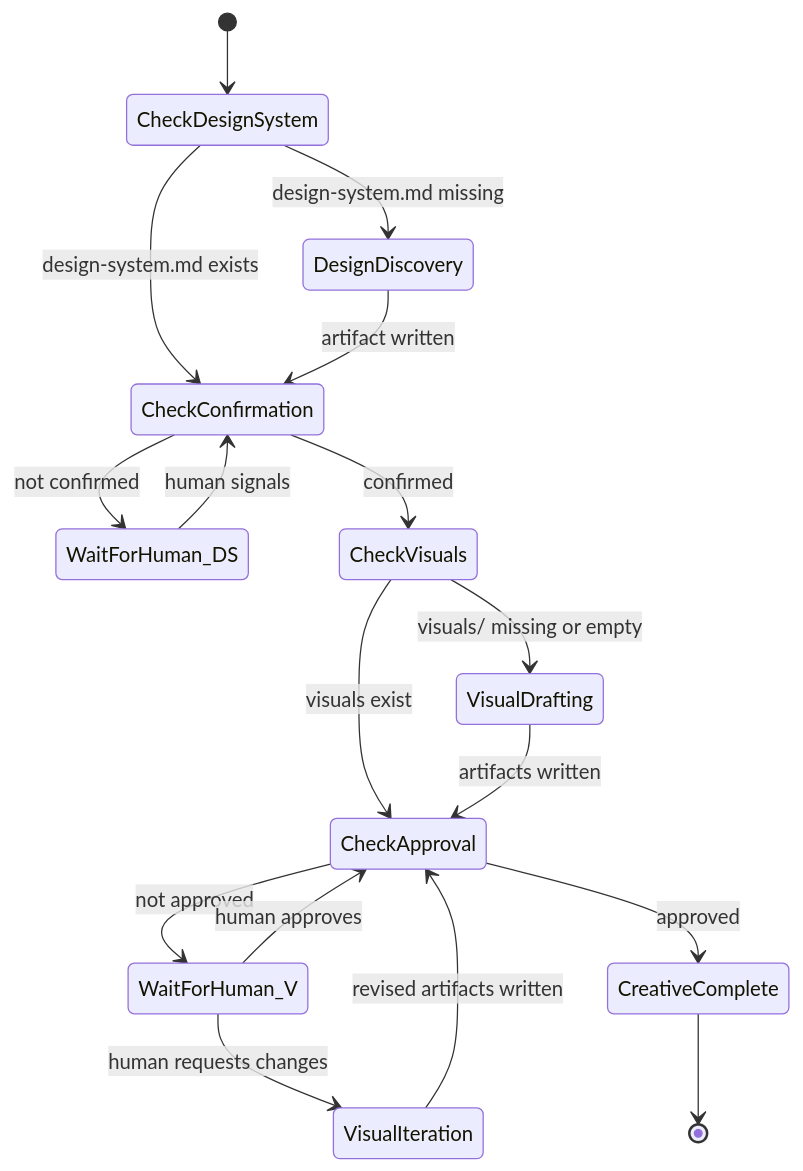
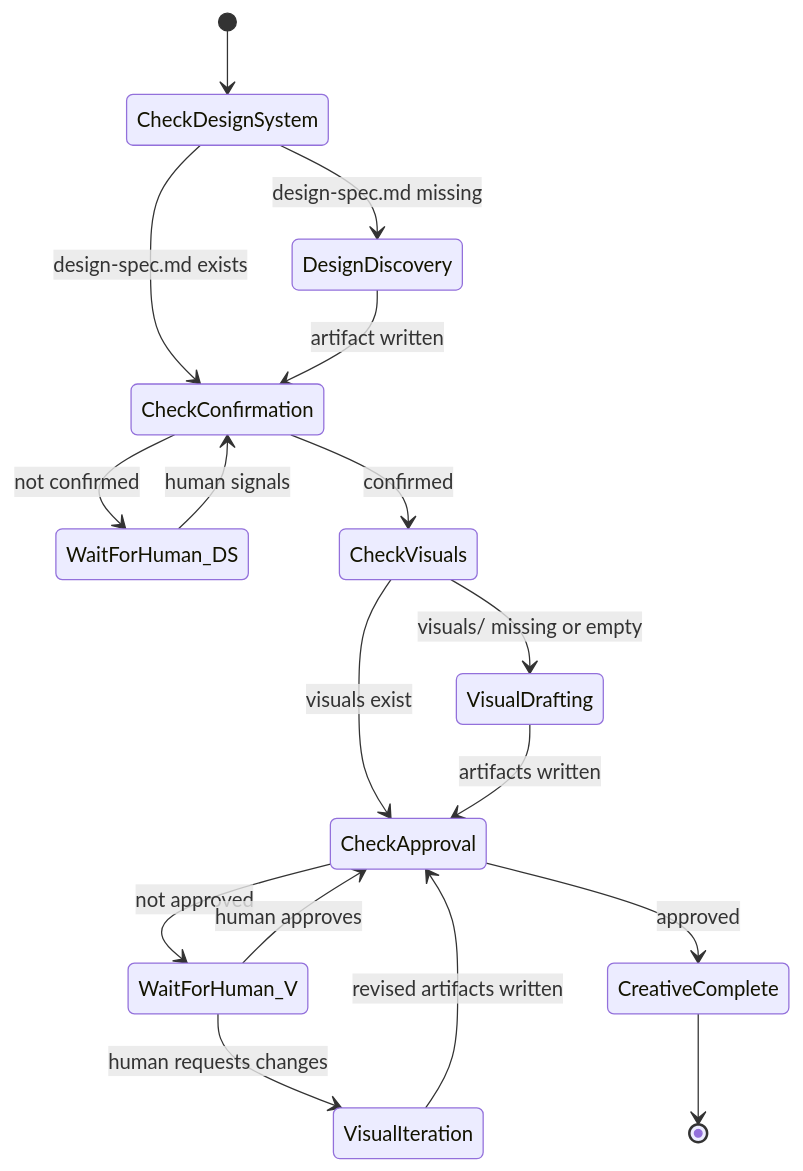
The diagram in docs/global/creative/design/creative-machine.md (InstruktAI/TeleClaude), drawn with Mermaid before and after one commit. The commit also changed other lines of this file and 7 other files, not shown here.

First line of the commit message:
refactor(creative): rename design-system to design-spec across creative domain

````diff
--- a/docs/global/creative/design/creative-machine.md
+++ b/docs/global/creative/design/creative-machine.md
@@ -62,19 +62,19 @@
 ```mermaid
 stateDiagram-v2
     [*] --> CheckDesignSystem
-    CheckDesignSystem --> DesignDiscovery: design-system.md missing
-    CheckDesignSystem --> CheckConfirmation: design-system.md exists
+    CheckDesignSystem --> DesignDiscovery: design-spec.md missing
+    CheckDesignSystem --> CheckConfirmation: design-spec.md exists
     DesignDiscovery --> CheckConfirmation: artifact written
     CheckConfirmation --> WaitForHuman_DS: not confirmed
     CheckConfirmation --> CheckVisuals: confirmed
     WaitForHuman_DS --> CheckConfirmation: human signals
     CheckVisuals --> VisualDrafting: visuals/ missing or empty
     CheckVisuals --> CheckApproval: visuals exist
     VisualDrafting --> CheckApproval: artifacts written
     CheckApproval --> WaitForHuman_V: not approved
     CheckApproval --> CreativeComplete: approved
     WaitForHuman_V --> VisualIteration: human requests changes
     WaitForHuman_V --> CheckApproval: human approves
     VisualIteration --> CheckApproval: revised artifacts written
     CreativeComplete --> [*]
 ```
````
